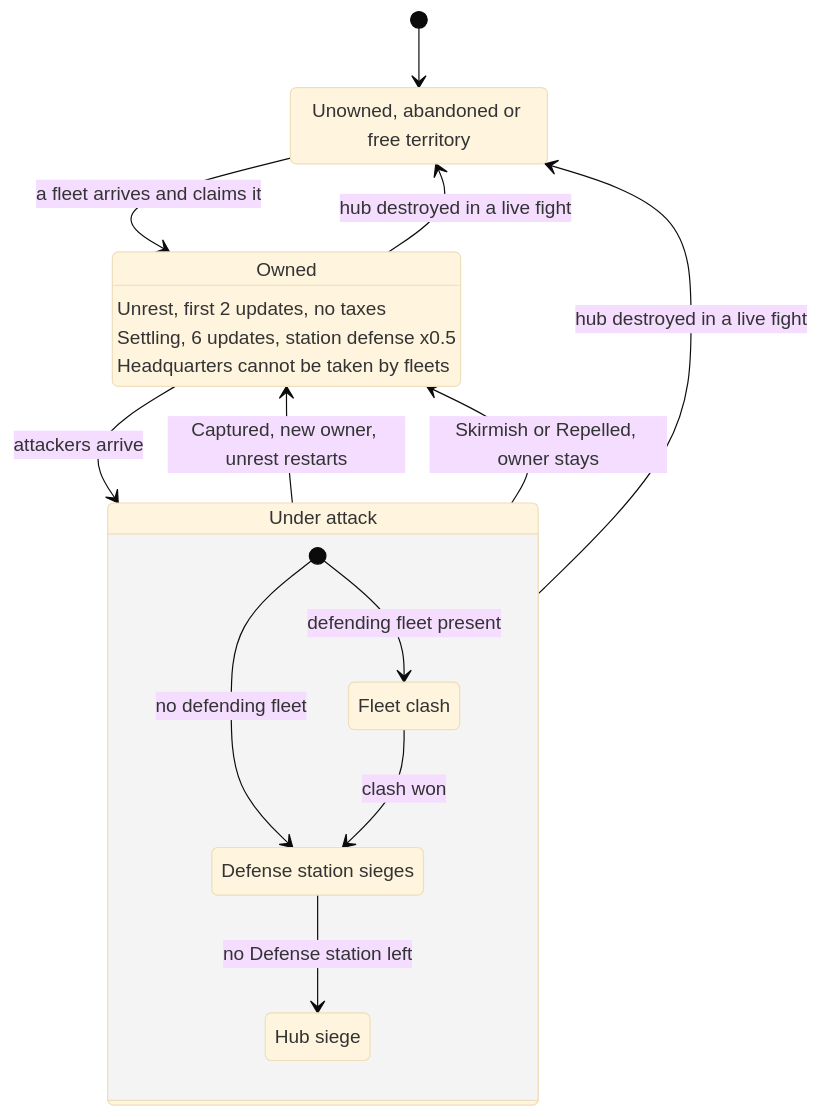
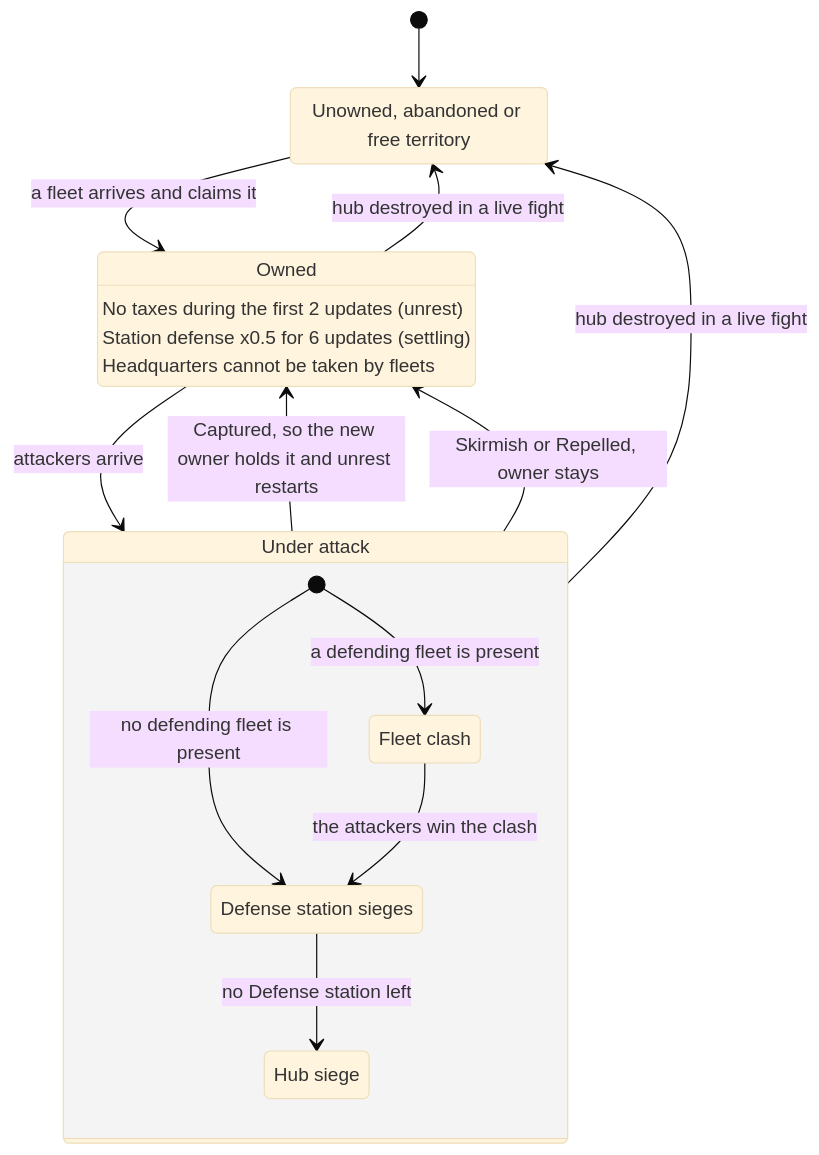
Before and after one commit to williammabernathy/Igi-s-QoL-Modpack: the second of 4 diagrams in docs/mechanics/conquest/war.md, drawn with Mermaid (base theme). The commit also changed other lines of this file and 194 other files, not shown here.

````diff
--- a/docs/mechanics/conquest/war.md
+++ b/docs/mechanics/conquest/war.md
@@ -365,24 +391,24 @@
 ```mermaid
 stateDiagram-v2
     state "Unowned, abandoned or free territory" as U
     state "Owned" as O
-    O : Unrest, first 2 updates, no taxes
-    O : Settling, 6 updates, station defense x0.5
+    O : No taxes during the first 2 updates (unrest)
+    O : Station defense x0.5 for 6 updates (settling)
     O : Headquarters cannot be taken by fleets
     state "Under attack" as A {
         state "Fleet clash" as Clash
         state "Defense station sieges" as DefenseSieges
         state "Hub siege" as HubSiege
-        [*] --> Clash: defending fleet present
-        [*] --> DefenseSieges: no defending fleet
-        Clash --> DefenseSieges: clash won
+        [*] --> Clash: a defending fleet is present
+        [*] --> DefenseSieges: no defending fleet is present
+        Clash --> DefenseSieges: the attackers win the clash
         DefenseSieges --> HubSiege: no Defense station left
     }
     [*] --> U
     U --> O: a fleet arrives and claims it
     O --> A: attackers arrive
-    A --> O: Captured, new owner, unrest restarts
+    A --> O: Captured, so the new owner holds it and unrest restarts
     A --> O: Skirmish or Repelled, owner stays
     O --> U: hub destroyed in a live fight
     A --> U: hub destroyed in a live fight
 ```
````
